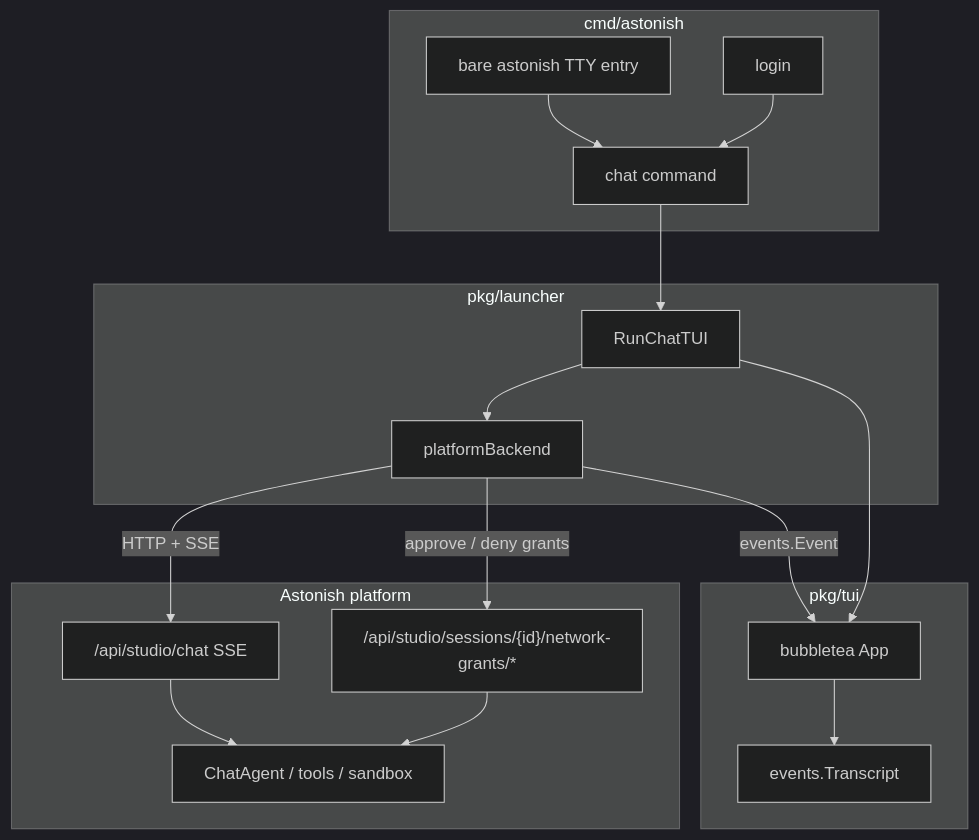
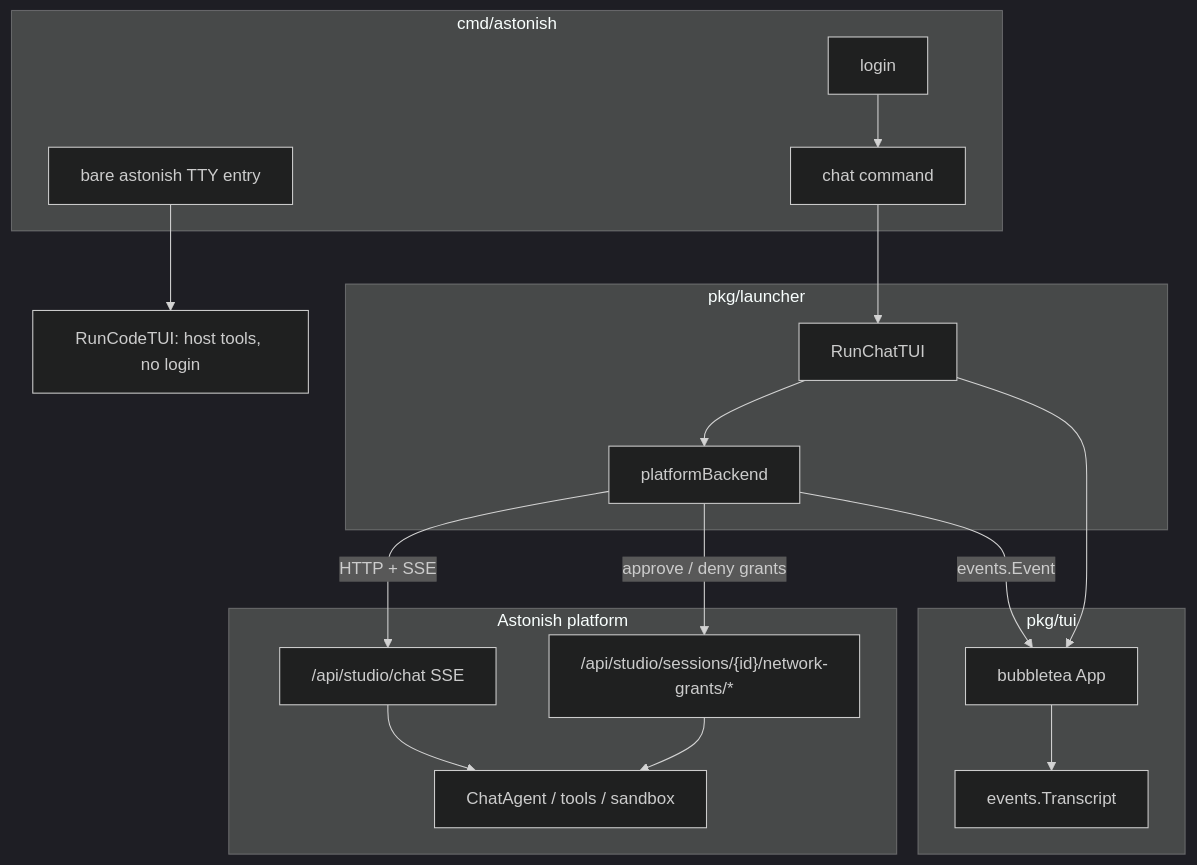
Before and after one commit to SAP/astonish: the diagram in docs/architecture/terminal-app.md, drawn with Mermaid (dark theme). The commit also changed other lines of this file and 1334 other files, not shown here.

````diff
--- a/docs/architecture/terminal-app.md
+++ b/docs/architecture/terminal-app.md
@@ -29,32 +42,32 @@
 ```mermaid
 flowchart TB
   subgraph cmd [cmd/astonish]
     bare[bare astonish TTY entry]
     chat[chat command]
     login[login]
   end
   subgraph launcher [pkg/launcher]
     RunTUI[RunChatTUI]
     PlatformBE[platformBackend]
   end
   subgraph tui [pkg/tui]
     App[bubbletea App]
     Events[events.Transcript]
   end
   subgraph platform [Astonish platform]
     API["/api/studio/chat SSE"]
     Grants["/api/studio/sessions/{id}/network-grants/*"]
     Agent[ChatAgent / tools / sandbox]
   end
   login --> chat
-  bare --> chat
+  bare --> LocalCode[RunCodeTUI: host tools, no login]
   chat --> RunTUI
   RunTUI --> PlatformBE
   RunTUI --> App
   PlatformBE -->|HTTP + SSE| API
   PlatformBE -->|approve / deny grants| Grants
   API --> Agent
   Grants --> Agent
   PlatformBE -->|events.Event| App
   App --> Events
 ```
````
